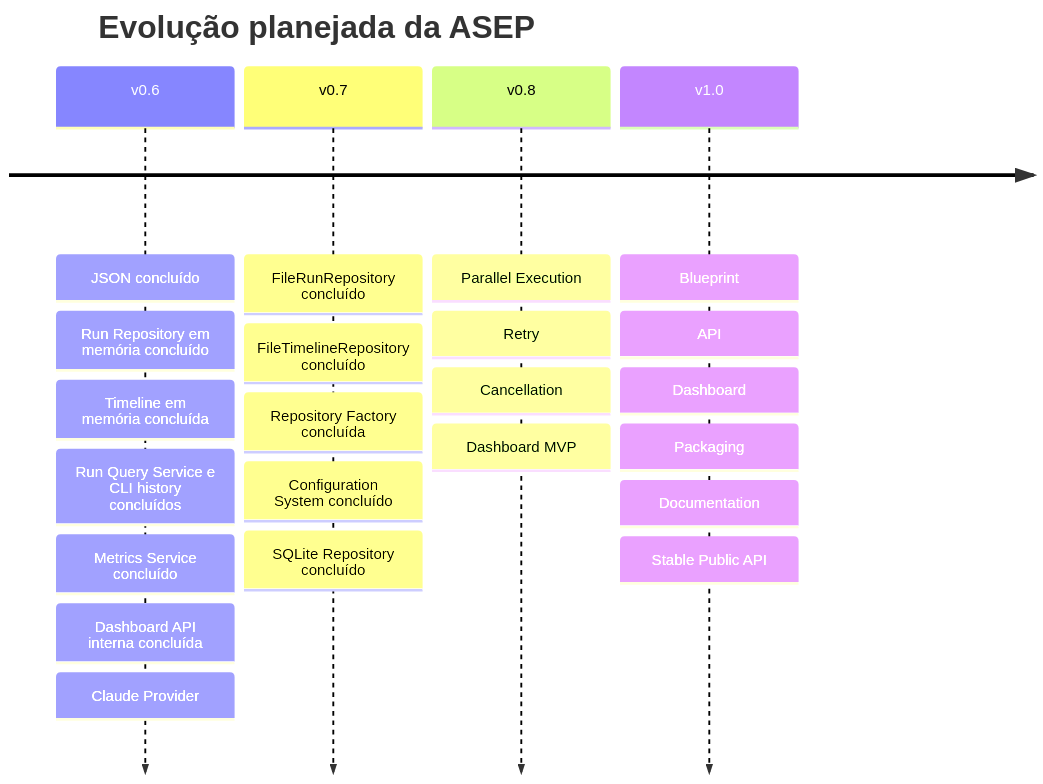
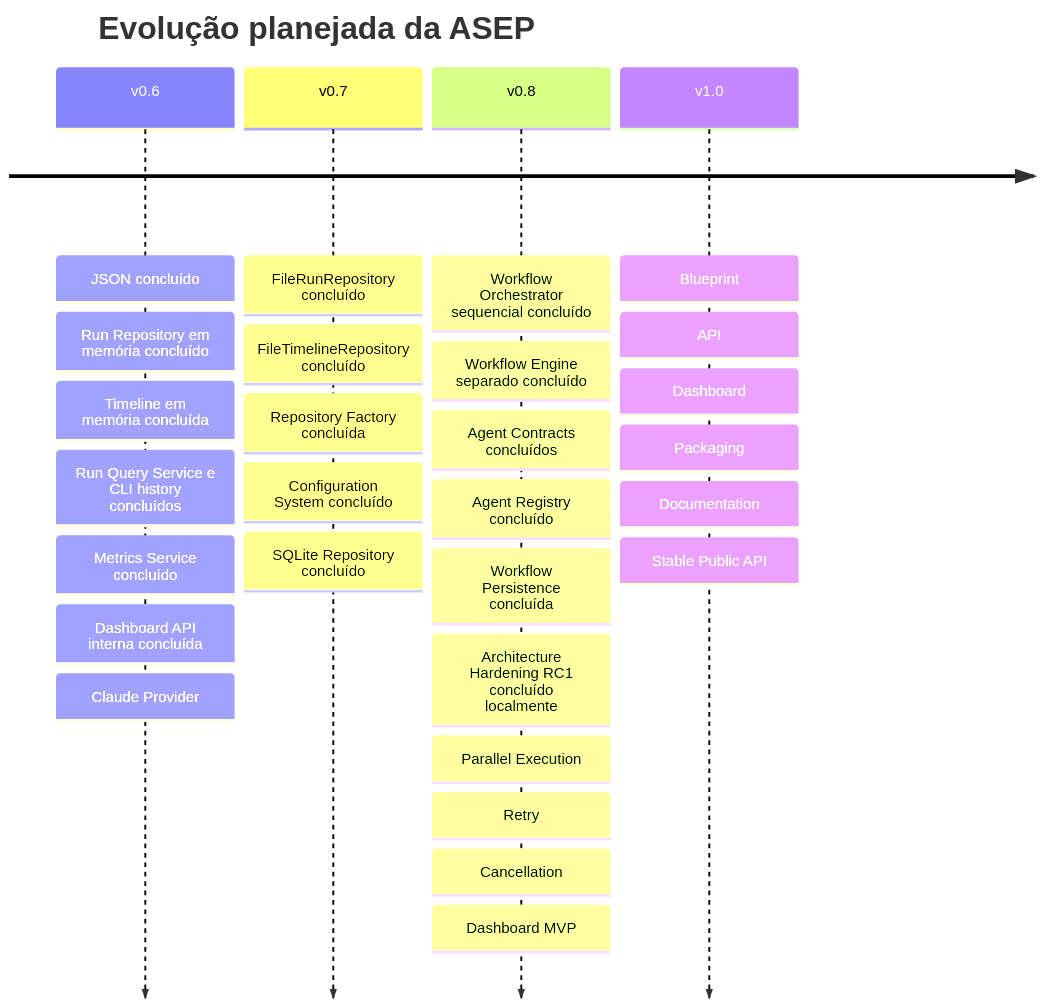
One commit to paul-92/fabrica-de-software changed the diagram in docs/architecture/Roadmap.md. Above: the diagram before and after it, drawn with Mermaid. The commit also changed other lines of this file and 49 other files, not shown here.

````diff
--- a/docs/architecture/Roadmap.md
+++ b/docs/architecture/Roadmap.md
@@ -8,26 +14,32 @@
 ```mermaid
 timeline
     title Evolução planejada da ASEP
     v0.6 : JSON concluído
          : Run Repository em memória concluído
          : Timeline em memória concluída
          : Run Query Service e CLI history concluídos
          : Metrics Service concluído
          : Dashboard API interna concluída
          : Claude Provider
     v0.7 : FileRunRepository concluído
          : FileTimelineRepository concluído
          : Repository Factory concluída
          : Configuration System concluído
          : SQLite Repository concluído
-    v0.8 : Parallel Execution
+    v0.8 : Workflow Orchestrator sequencial concluído
+         : Workflow Engine separado concluído
+         : Agent Contracts concluídos
+         : Agent Registry concluído
+         : Workflow Persistence concluída
+         : Architecture Hardening RC1 concluído localmente
+         : Parallel Execution
          : Retry
          : Cancellation
          : Dashboard MVP
     v1.0 : Blueprint
          : API
          : Dashboard
          : Packaging
          : Documentation
          : Stable Public API
 ```
````
